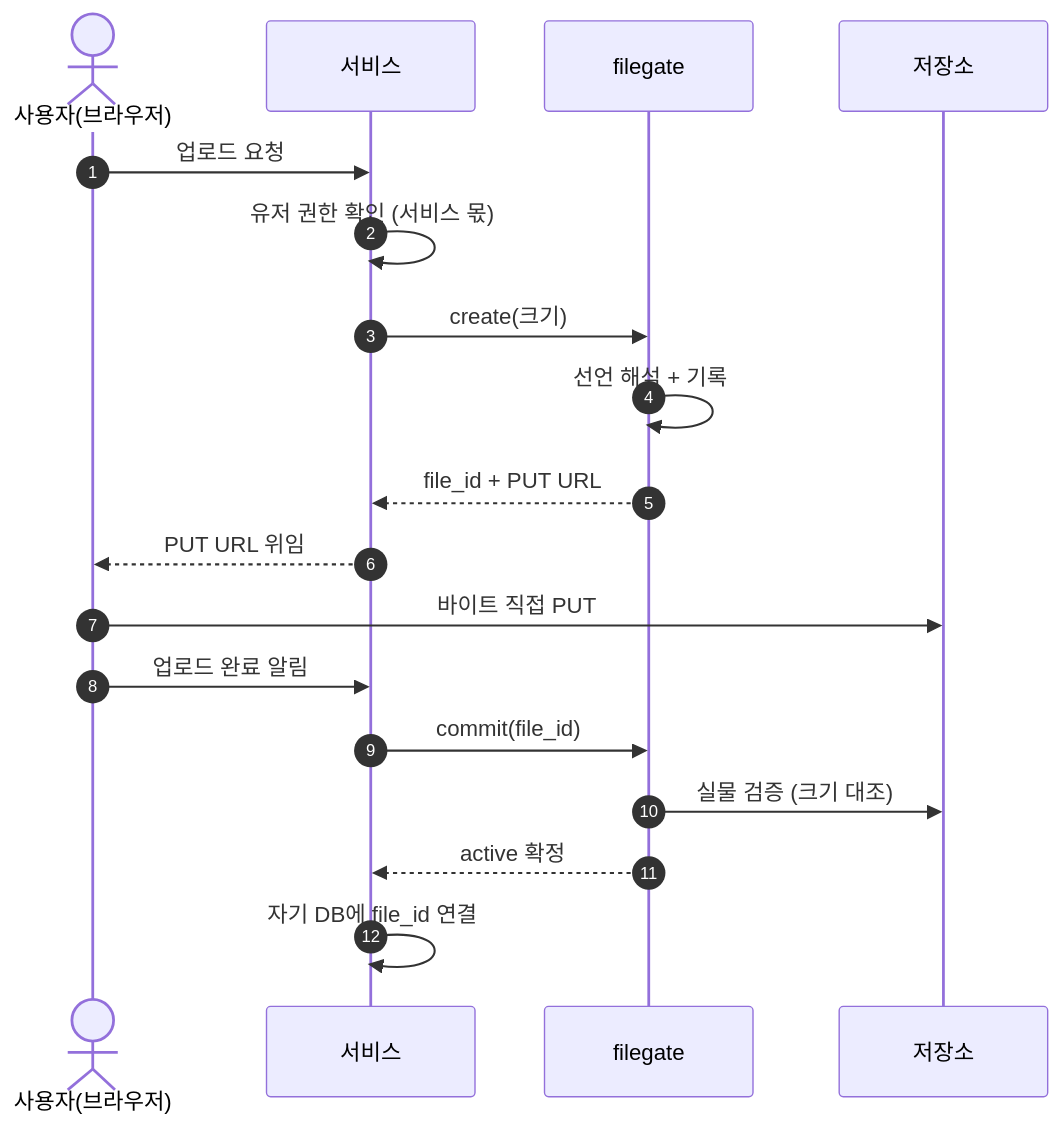
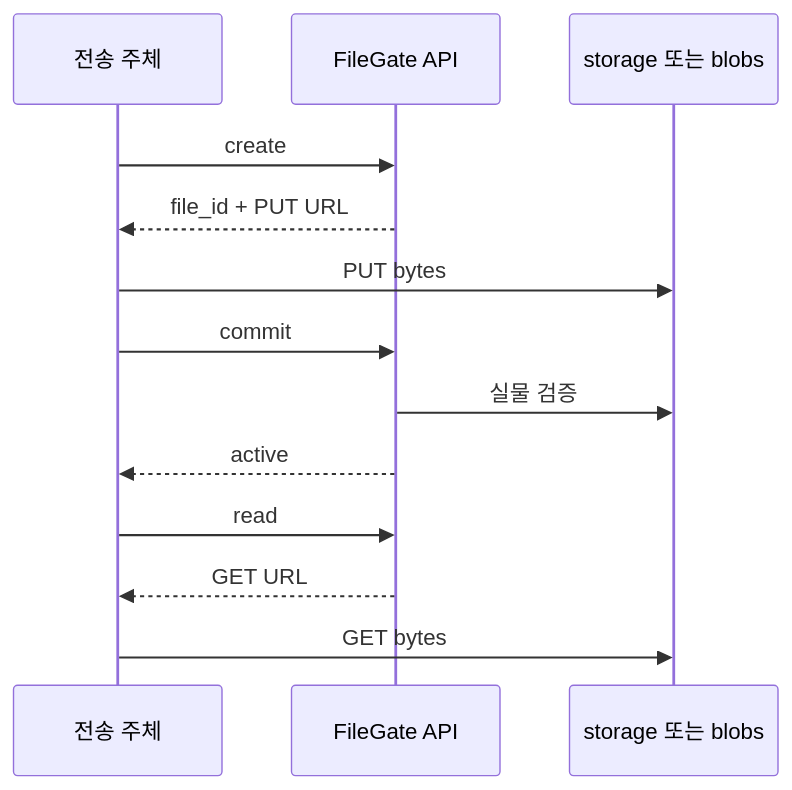
The first of 2 diagrams in docs/spec/00-operations.md (cagojeiger/filegate), drawn with Mermaid before and after one commit. The commit also changed other lines of this file and 30 other files, not shown here.

````diff
--- a/docs/spec/00-operations.md
+++ b/docs/spec/00-operations.md
@@ -87,21 +32,15 @@
 ```mermaid
 sequenceDiagram
-    autonumber
-    actor U as 사용자(브라우저)
-    participant S as 서비스
-    participant F as filegate
-    participant O as 저장소
-
-    U->>S: 업로드 요청
-    S->>S: 유저 권한 확인 (서비스 몫)
-    S->>F: create(크기)
-    F->>F: 선언 해석 + 기록
-    F-->>S: file_id + PUT URL
-    S-->>U: PUT URL 위임
-    U->>O: 바이트 직접 PUT
-    U->>S: 업로드 완료 알림
-    S->>F: commit(file_id)
-    F->>O: 실물 검증 (크기 대조)
-    F-->>S: active 확정
-    S->>S: 자기 DB에 file_id 연결
+    participant C as 전송 주체
+    participant A as FileGate API
+    participant S as storage 또는 blobs
+    C->>A: create
+    A-->>C: file_id + PUT URL
+    C->>S: PUT bytes
+    C->>A: commit
+    A->>S: 실물 검증
+    A-->>C: active
+    C->>A: read
+    A-->>C: GET URL
+    C->>S: GET bytes
 ```
````
